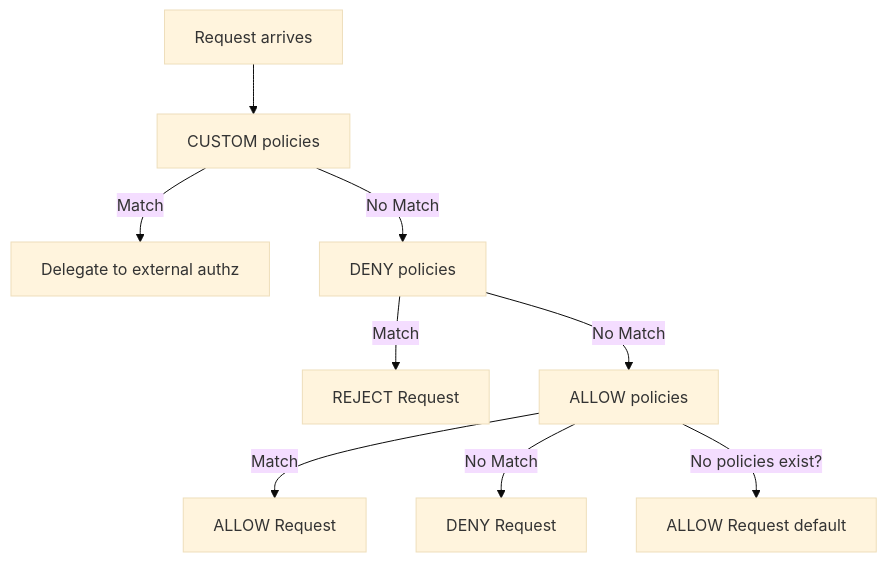
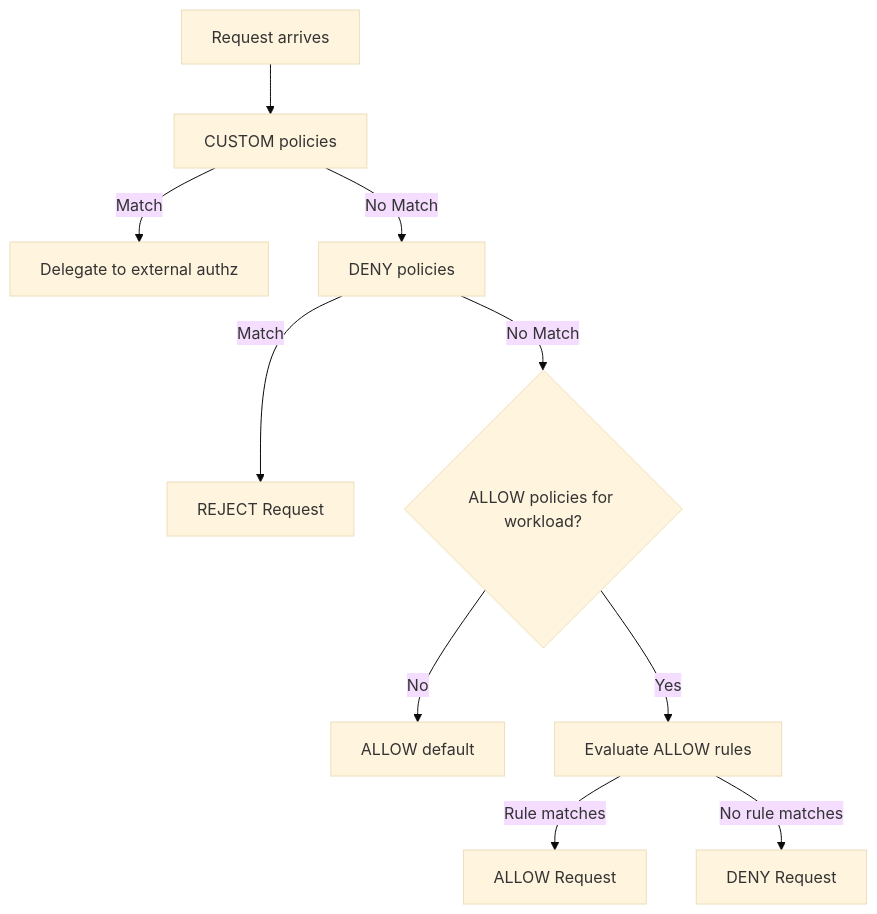
The second of 4 diagrams in src/content/docs/k8s/ica/module-1.3-istio-security-troubleshooting.md (kube-dojo/kube-dojo), drawn with Mermaid (base theme) before and after one commit. The commit also changed other lines of this file and 5 other files, not shown here.

````diff
--- a/src/content/docs/k8s/ica/module-1.3-istio-security-troubleshooting.md
+++ b/src/content/docs/k8s/ica/module-1.3-istio-security-troubleshooting.md
@@ -362,14 +362,14 @@
 ```mermaid
 flowchart TD
     Req[Request arrives] --> CPol[CUSTOM policies]
     CPol -- Match --> Del[Delegate to external authz]
     CPol -- No Match --> DPol[DENY policies]
     
     DPol -- Match --> Rej[REJECT Request]
-    DPol -- No Match --> APol[ALLOW policies]
+    DPol -- No Match --> HasAllow{ALLOW policies for workload?}
     
-    APol -- Match --> Allow1[ALLOW Request]
-    APol -- No Match --> Deny1[DENY Request]
-    
-    APol -- No policies exist? --> Allow2[ALLOW Request default]
+    HasAllow -- No --> AllowDefault[ALLOW default]
+    HasAllow -- Yes --> APol[Evaluate ALLOW rules]
+    APol -- Rule matches --> Allow1[ALLOW Request]
+    APol -- No rule matches --> Deny1[DENY Request]
 ```
````
